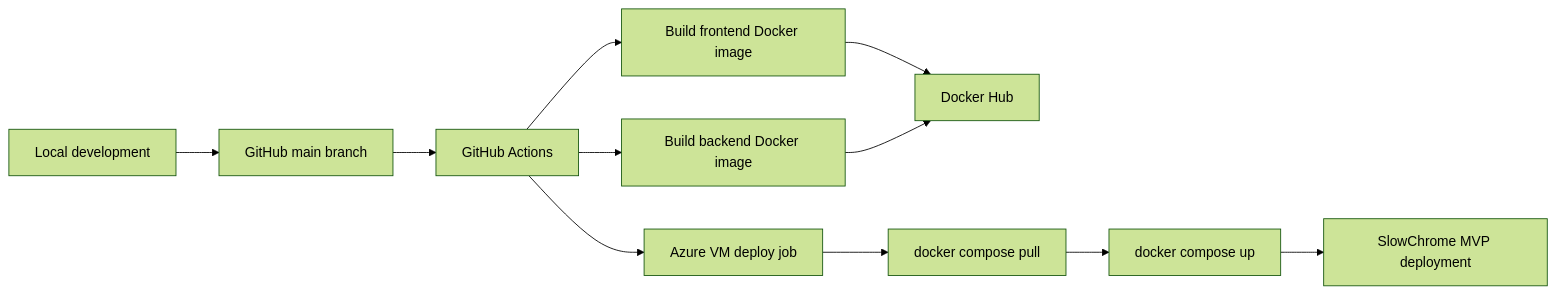
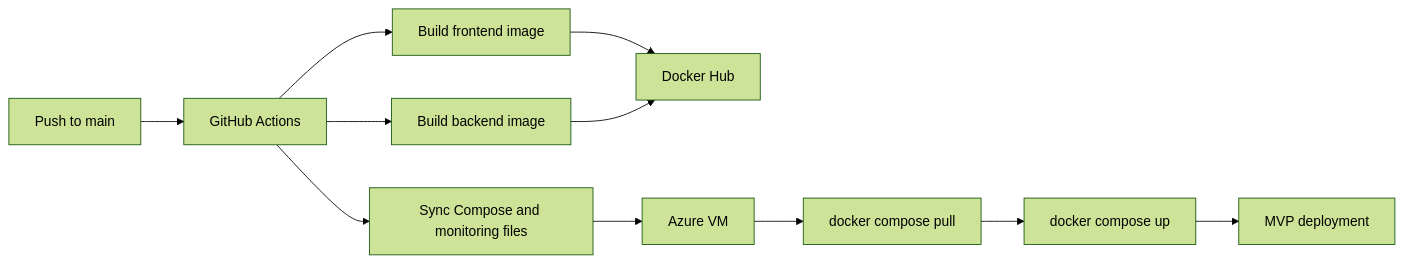
One commit to hzzcoding/SlowChrome-Showcase changed the third of 3 diagrams in README.md. Above: the diagram before and after it, drawn with Mermaid (forest theme). The commit also changed other lines of this file, not shown here.

Commit message:
docs: polish GitHub showcase README

````diff
--- a/README.md
+++ b/README.md
@@ -78,13 +162,13 @@
 ```mermaid
 flowchart LR
-    DEV[Local development] --> GH[GitHub main branch]
-    GH --> ACT[GitHub Actions]
-    ACT --> FB[Build frontend Docker image]
-    ACT --> BB[Build backend Docker image]
-    FB --> DH[Docker Hub]
-    BB --> DH
-    ACT --> VM[Azure VM deploy job]
-    VM --> PULL[docker compose pull]
-    PULL --> UP[docker compose up]
-    UP --> PROD[SlowChrome MVP deployment]
+    push["Push to main"] --> actions["GitHub Actions"]
+    actions --> frontendImage["Build frontend image"]
+    actions --> backendImage["Build backend image"]
+    frontendImage --> dockerHub["Docker Hub"]
+    backendImage --> dockerHub
+    actions --> sync["Sync Compose and monitoring files"]
+    sync --> vm["Azure VM"]
+    vm --> pull["docker compose pull"]
+    pull --> up["docker compose up"]
+    up --> app["MVP deployment"]
 ```
````
